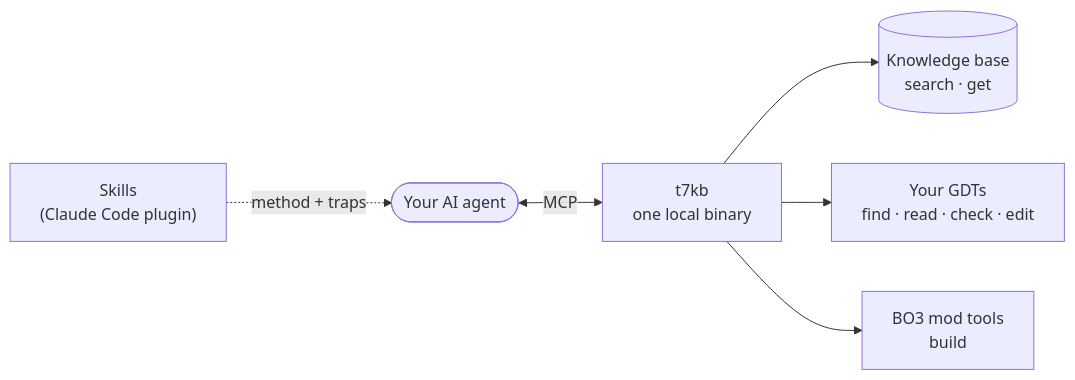
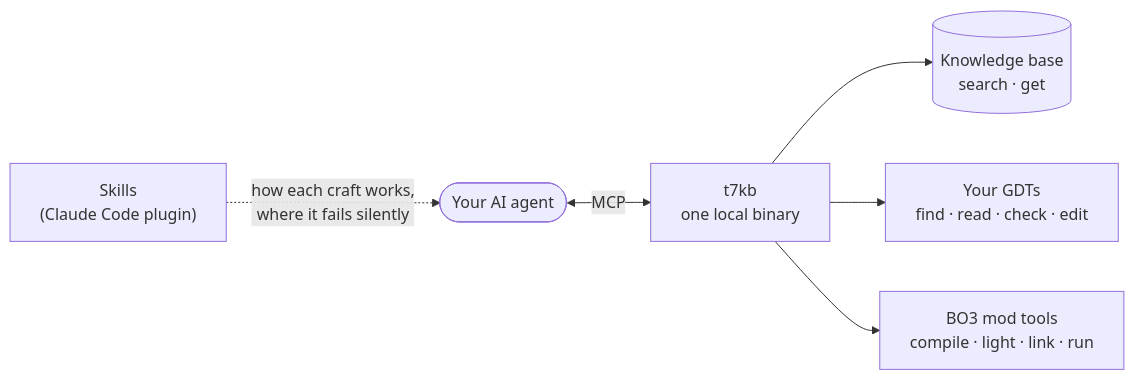
The diagram in README.md (McReaper/t7_companion), drawn with Mermaid before and after one commit.

Commit message:
docs(readme): say what the skills and the mod tools do in the diagram
"method + traps" was the skill-authoring guide's jargon, and "build" undersold
compile, light, link and run.

Claude-Session: https://claude.ai/code/session_01FBHE8Uom8JHRHyMrHyTJ93

````diff
--- a/README.md
+++ b/README.md
@@ -30,8 +30,8 @@
 ```mermaid
 flowchart LR
-    S["Skills<br/>(Claude Code plugin)"] -. method + traps .-> A([Your AI agent])
+    S["Skills<br/>(Claude Code plugin)"] -. "how each craft works,<br/>where it fails silently" .-> A([Your AI agent])
     A <-->|MCP| T["t7kb<br/>one local binary"]
     T --> K[("Knowledge base<br/>search · get")]
     T --> G["Your GDTs<br/>find · read · check · edit"]
-    T --> B["BO3 mod tools<br/>build"]
+    T --> B["BO3 mod tools<br/>compile · light · link · run"]
 ```
````
